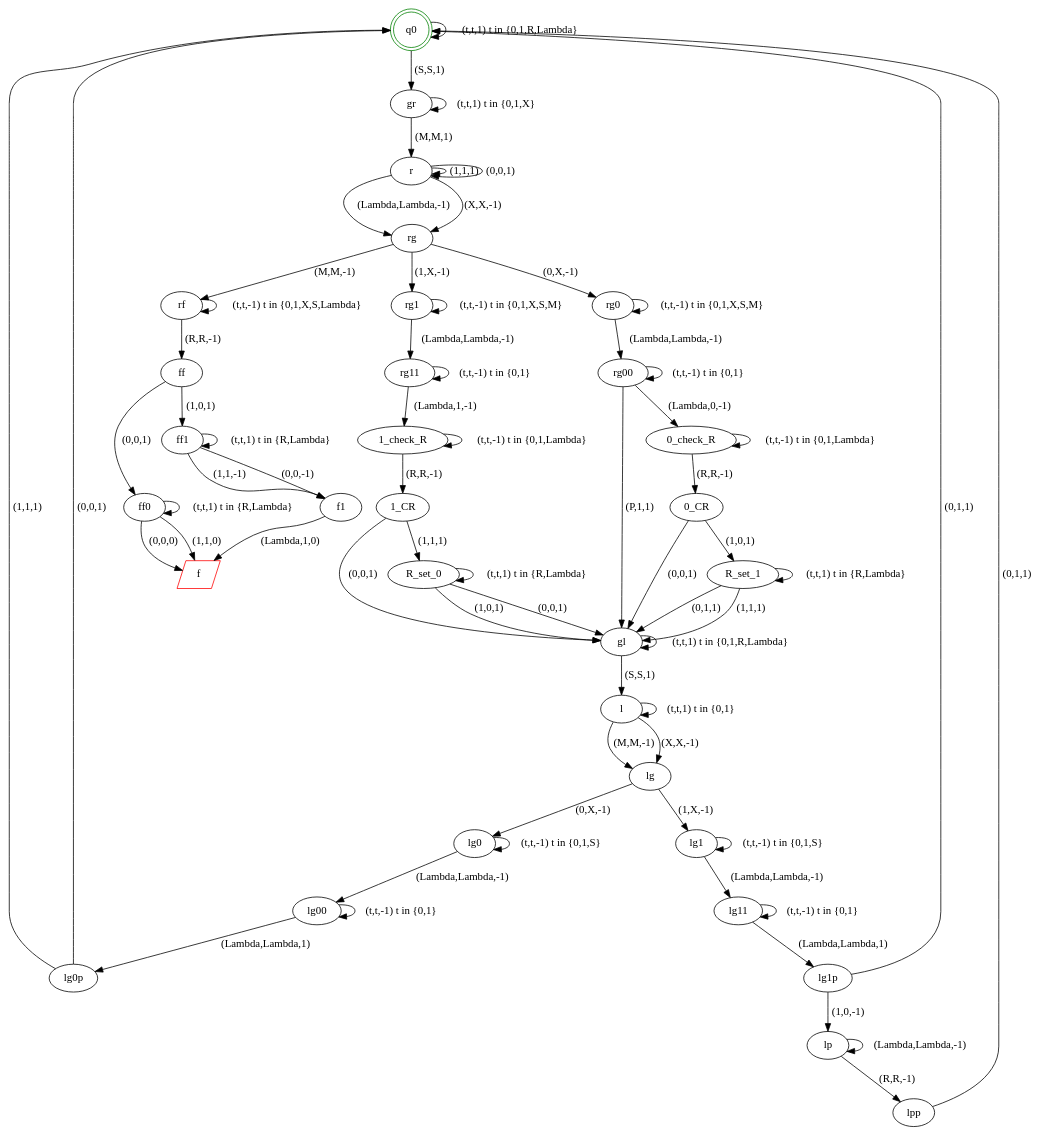
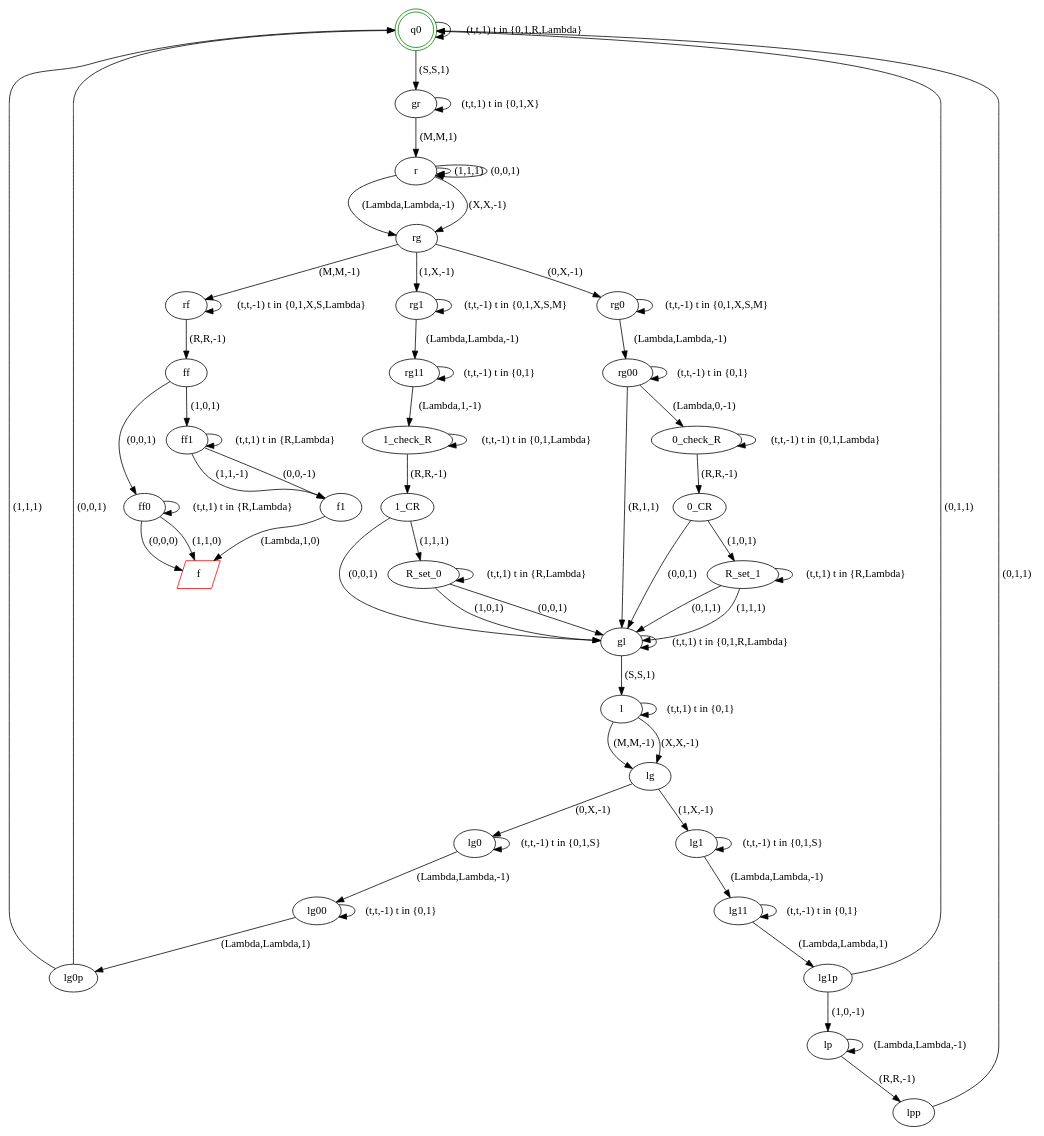
One commit to tlfhmy/Turing_Machine_for_Comparer changed the diagram in Adder.gv. Above: the diagram before and after it, drawn with Graphviz. The commit also changed 23 other files, not shown here.

```diff
--- a/Adder.gv
+++ b/Adder.gv
@@ -1,100 +1,100 @@
 digraph Adder {
 	q0 [color=green shape=doublecircle]
 	gr
 	r
 	rg
 	rg1
 	rg0
 	rg11
 	rg00
 	gl
 	l
 	lg
 	lg1
 	lg0
 	lg11
 	lg00
 	lg0p
 	lg1p
 	lp
 	lpp
 	rf
 	ff
 	ff0
 	ff1
 	f1
 	f [color=red shape=parallelogram]
 	"0_check_R"
 	"1_check_R"
 	R_set_1
 	R_set_0
 	"0_CR"
 	"1_CR"
 	q0 -> gr [label="(S,S,1)"]
 	gr -> r [label="(M,M,1)"]
 	r -> r [label="(1,1,1)"]
 	r -> r [label="(0,0,1)"]
 	r -> rg [label="(Lambda,Lambda,-1)"]
 	r -> rg [label="(X,X,-1)"]
 	rg -> rg1 [label="(1,X,-1)"]
 	rg -> rg0 [label="(0,X,-1)"]
 	rg0 -> rg00 [label="(Lambda,Lambda,-1)"]
 	rg1 -> rg11 [label="(Lambda,Lambda,-1)"]
 	rg00 -> "0_check_R" [label="(Lambda,0,-1)"]
 	rg11 -> "1_check_R" [label="(Lambda,1,-1)"]
 	"0_check_R" -> "0_CR" [label="(R,R,-1)"]
 	"1_check_R" -> "1_CR" [label="(R,R,-1)"]
 	"0_CR" -> gl [label="(0,0,1)"]
 	"1_CR" -> gl [label="(0,0,1)"]
 	"0_CR" -> R_set_1 [label="(1,0,1)"]
 	"1_CR" -> R_set_0 [label="(1,1,1)"]
 	R_set_0 -> gl [label="(0,0,1)"]
 	R_set_1 -> gl [label="(0,1,1)"]
 	R_set_0 -> gl [label="(1,0,1)"]
 	R_set_1 -> gl [label="(1,1,1)"]
-	rg00 -> gl [label="(P,1,1)"]
+	rg00 -> gl [label="(R,1,1)"]
 	gl -> l [label="(S,S,1)"]
 	l -> lg [label="(M,M,-1)"]
 	l -> lg [label="(X,X,-1)"]
 	lg -> lg1 [label="(1,X,-1)"]
 	lg -> lg0 [label="(0,X,-1)"]
 	lg1 -> lg11 [label="(Lambda,Lambda,-1)"]
 	lg0 -> lg00 [label="(Lambda,Lambda,-1)"]
 	lg00 -> lg0p [label="(Lambda,Lambda,1)"]
 	lg11 -> lg1p [label="(Lambda,Lambda,1)"]
 	lg0p -> q0 [label="(0,0,1)"]
 	lg1p -> q0 [label="(0,1,1)"]
 	lg0p -> q0 [label="(1,1,1)"]
 	lg1p -> lp [label="(1,0,-1)"]
 	lp -> lp [label="(Lambda,Lambda,-1)"]
 	lp -> lpp [label="(R,R,-1)"]
 	lpp -> q0 [label="(0,1,1)"]
 	rg -> rf [label="(M,M,-1)"]
 	rf -> ff [label="(R,R,-1)"]
 	ff -> ff0 [label="(0,0,1)"]
 	ff -> ff1 [label="(1,0,1)"]
 	ff0 -> f [label="(0,0,0)"]
 	ff0 -> f [label="(1,1,0)"]
 	ff1 -> f1 [label="(0,0,-1)"]
 	f1 -> f [label="(Lambda,1,0)"]
 	ff1 -> f1 [label="(1,1,-1)"]
 	rf -> rf [label="(t,t,-1) t in {0,1,X,S,Lambda}"]
 	rg1 -> rg1 [label="(t,t,-1) t in {0,1,X,S,M}"]
 	rg0 -> rg0 [label="(t,t,-1) t in {0,1,X,S,M}"]
 	gr -> gr [label="(t,t,1) t in {0,1,X}"]
 	q0 -> q0 [label="(t,t,1) t in {0,1,R,Lambda}"]
 	ff1 -> ff1 [label="(t,t,1) t in {R,Lambda}"]
 	ff0 -> ff0 [label="(t,t,1) t in {R,Lambda}"]
 	rg00 -> rg00 [label="(t,t,-1) t in {0,1}"]
 	rg11 -> rg11 [label="(t,t,-1) t in {0,1}"]
 	"0_check_R" -> "0_check_R" [label="(t,t,-1) t in {0,1,Lambda}"]
 	"1_check_R" -> "1_check_R" [label="(t,t,-1) t in {0,1,Lambda}"]
 	R_set_0 -> R_set_0 [label="(t,t,1) t in {R,Lambda}"]
 	R_set_1 -> R_set_1 [label="(t,t,1) t in {R,Lambda}"]
 	gl -> gl [label="(t,t,1) t in {0,1,R,Lambda}"]
 	l -> l [label="(t,t,1) t in {0,1}"]
 	lg0 -> lg0 [label="(t,t,-1) t in {0,1,S}"]
 	lg1 -> lg1 [label="(t,t,-1) t in {0,1,S}"]
 	lg00 -> lg00 [label="(t,t,-1) t in {0,1}"]
 	lg11 -> lg11 [label="(t,t,-1) t in {0,1}"]
 }
```
